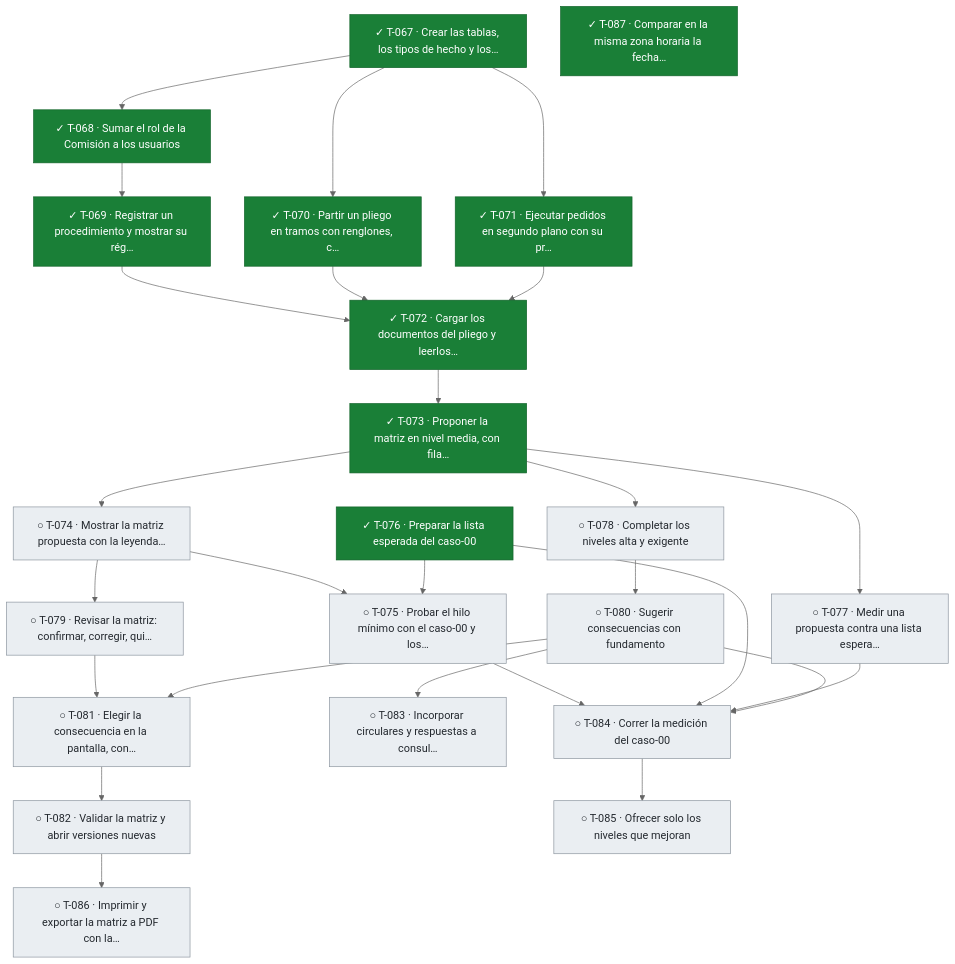
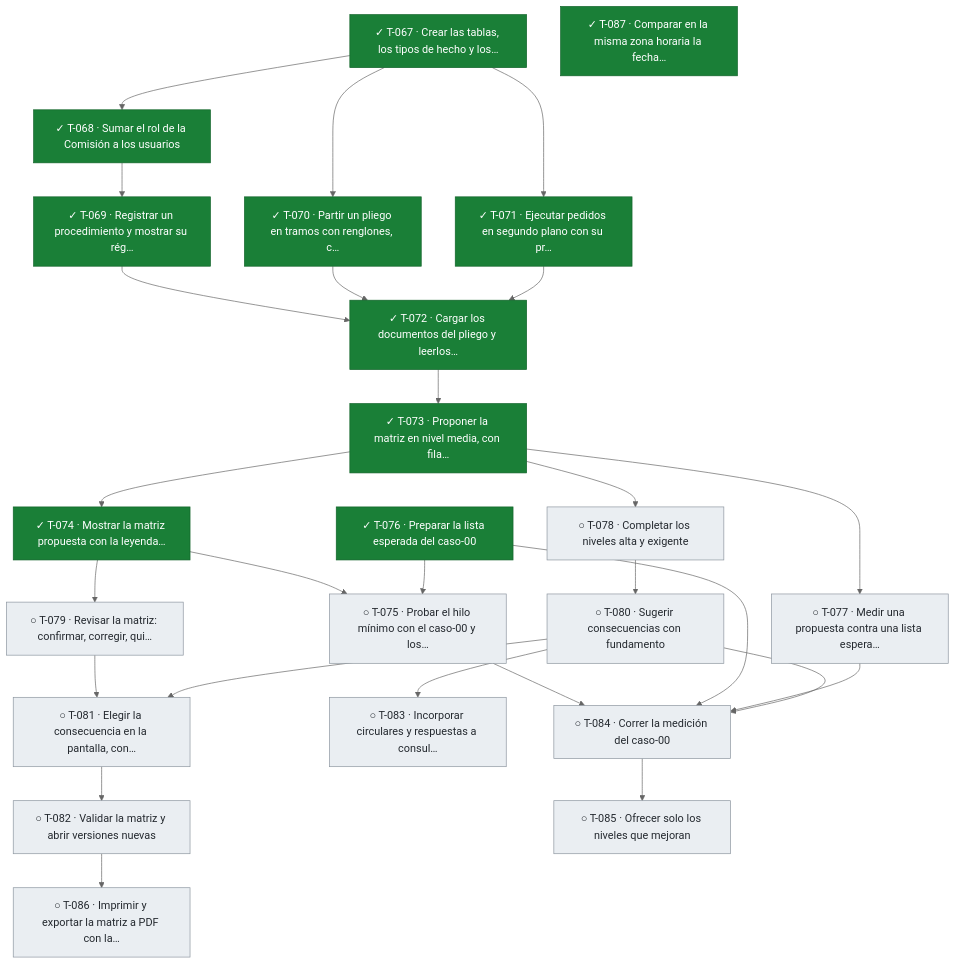
Before and after one commit to snavello/EVALUON: the fifth of 5 diagrams in docs/tablero.md, drawn with Mermaid (neutral theme). The commit also changed other lines of this file and 1 other file, not shown here.

````diff
--- a/docs/tablero.md
+++ b/docs/tablero.md
@@ -400,54 +400,54 @@
 ```mermaid
 flowchart TD
   T067["✓ T-067 · Crear las tablas, los tipos de hecho y los…"]:::done
   T068["✓ T-068 · Sumar el rol de la Comisión a los usuarios"]:::done
   T069["✓ T-069 · Registrar un procedimiento y mostrar su rég…"]:::done
   T070["✓ T-070 · Partir un pliego en tramos con renglones, c…"]:::done
   T071["✓ T-071 · Ejecutar pedidos en segundo plano con su pr…"]:::done
   T072["✓ T-072 · Cargar los documentos del pliego y leerlos…"]:::done
   T073["✓ T-073 · Proponer la matriz en nivel media, con fila…"]:::done
-  T074["○ T-074 · Mostrar la matriz propuesta con la leyenda…"]:::todo
+  T074["✓ T-074 · Mostrar la matriz propuesta con la leyenda…"]:::done
   T075["○ T-075 · Probar el hilo mínimo con el caso-00 y los…"]:::todo
   T076["✓ T-076 · Preparar la lista esperada del caso-00"]:::done
   T077["○ T-077 · Medir una propuesta contra una lista espera…"]:::todo
   T078["○ T-078 · Completar los niveles alta y exigente"]:::todo
   T079["○ T-079 · Revisar la matriz: confirmar, corregir, qui…"]:::todo
   T080["○ T-080 · Sugerir consecuencias con fundamento"]:::todo
   T081["○ T-081 · Elegir la consecuencia en la pantalla, con…"]:::todo
   T082["○ T-082 · Validar la matriz y abrir versiones nuevas"]:::todo
   T083["○ T-083 · Incorporar circulares y respuestas a consul…"]:::todo
   T084["○ T-084 · Correr la medición del caso-00"]:::todo
   T085["○ T-085 · Ofrecer solo los niveles que mejoran"]:::todo
   T086["○ T-086 · Imprimir y exportar la matriz a PDF con la…"]:::todo
   T087["✓ T-087 · Comparar en la misma zona horaria la fecha…"]:::done
   T067 --> T068
   T068 --> T069
   T067 --> T070
   T067 --> T071
   T069 --> T072
   T070 --> T072
   T071 --> T072
   T072 --> T073
   T073 --> T074
   T074 --> T075
   T076 --> T075
   T073 --> T077
   T073 --> T078
   T074 --> T079
   T078 --> T080
   T079 --> T081
   T080 --> T081
   T081 --> T082
   T080 --> T083
   T075 --> T084
   T076 --> T084
   T077 --> T084
   T080 --> T084
   T084 --> T085
   T082 --> T086
   classDef done fill:#1a7f37,stroke:#116329,color:#ffffff
   classDef review fill:#0969da,stroke:#0550ae,color:#ffffff
   classDef active fill:#bf8700,stroke:#7d4e00,color:#ffffff
   classDef blocked fill:#cf222e,stroke:#a40e26,color:#ffffff
   classDef todo fill:#eaeef2,stroke:#8c959f,color:#24292f
 ```
````
